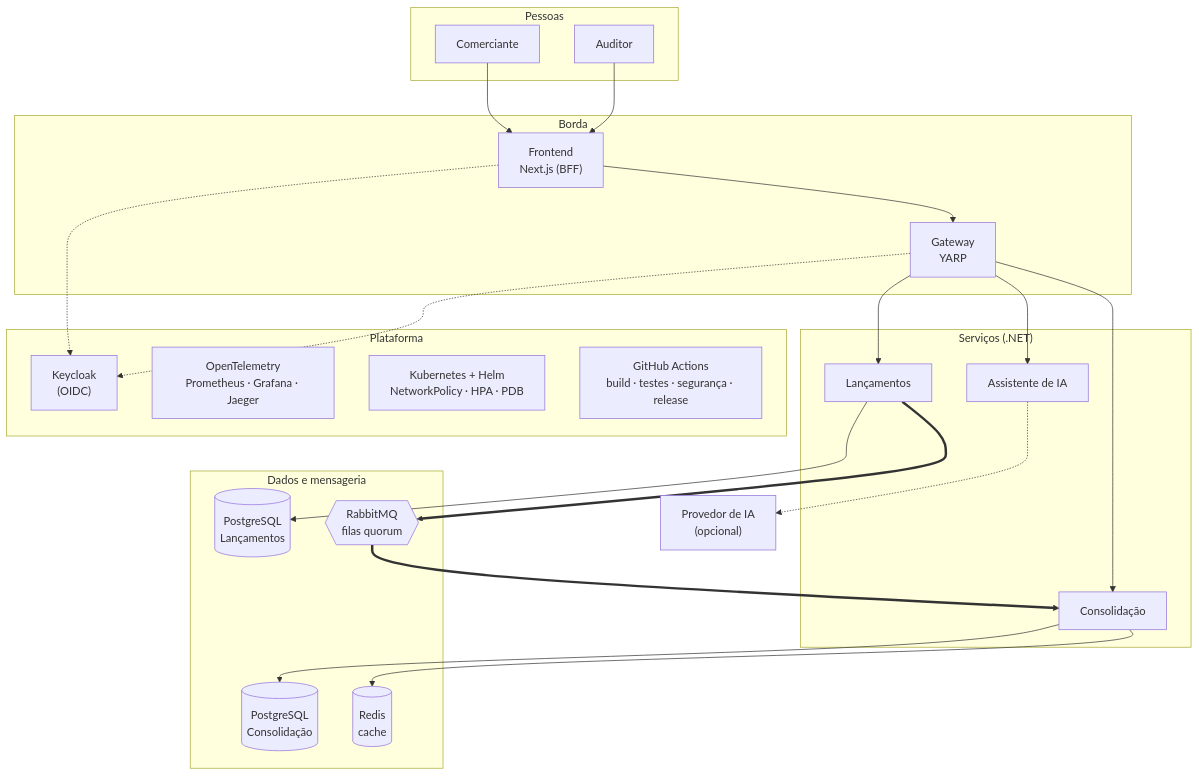
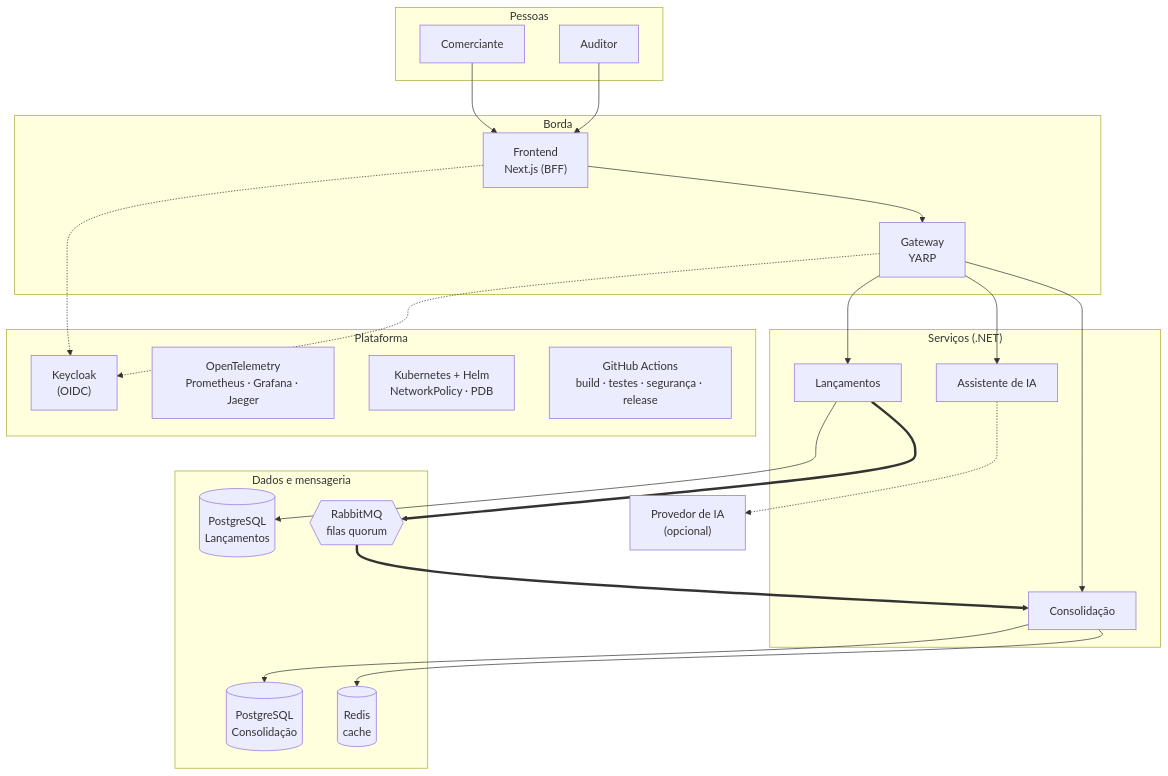
Before and after one commit to wictorsama/cashflow: the first of 7 diagrams in docs/20-arquitetura-por-area.md, drawn with Mermaid. The commit also changed 14 other files, not shown here.

First line of the commit message:
docs(readme): business-rule C4, full environment architecture with technology logos, screens, tools and Kubernetes

````diff
--- a/docs/20-arquitetura-por-area.md
+++ b/docs/20-arquitetura-por-area.md
@@ -7,44 +7,44 @@
 ```mermaid
 flowchart TB
   subgraph pessoas["Pessoas"]
     M["Comerciante"]
     A["Auditor"]
   end
   subgraph borda["Borda"]
     W["Frontend<br/>Next.js (BFF)"]
     G["Gateway<br/>YARP"]
   end
   subgraph servicos["Serviços (.NET)"]
     E["Lançamentos"]
     C["Consolidação"]
     AS["Assistente de IA"]
   end
   subgraph dados["Dados e mensageria"]
     DE[("PostgreSQL<br/>Lançamentos")]
     DC[("PostgreSQL<br/>Consolidação")]
     MQ{{"RabbitMQ<br/>filas quorum"}}
     R[("Redis<br/>cache")]
   end
   subgraph plataforma["Plataforma"]
     K["Keycloak<br/>(OIDC)"]
     OBS["OpenTelemetry<br/>Prometheus · Grafana · Jaeger"]
-    K8S["Kubernetes + Helm<br/>NetworkPolicy · HPA · PDB"]
+    K8S["Kubernetes + Helm<br/>NetworkPolicy · PDB"]
     CI["GitHub Actions<br/>build · testes · segurança · release"]
   end
   LLM["Provedor de IA<br/>(opcional)"]
 
   M --> W
   A --> W
   W --> G
   G --> E
   G --> C
   G --> AS
   E --> DE
   E ==> MQ
   MQ ==> C
   C --> DC
   C --> R
   AS -.-> LLM
   W -.-> K
   G -.-> K
 ```
````
